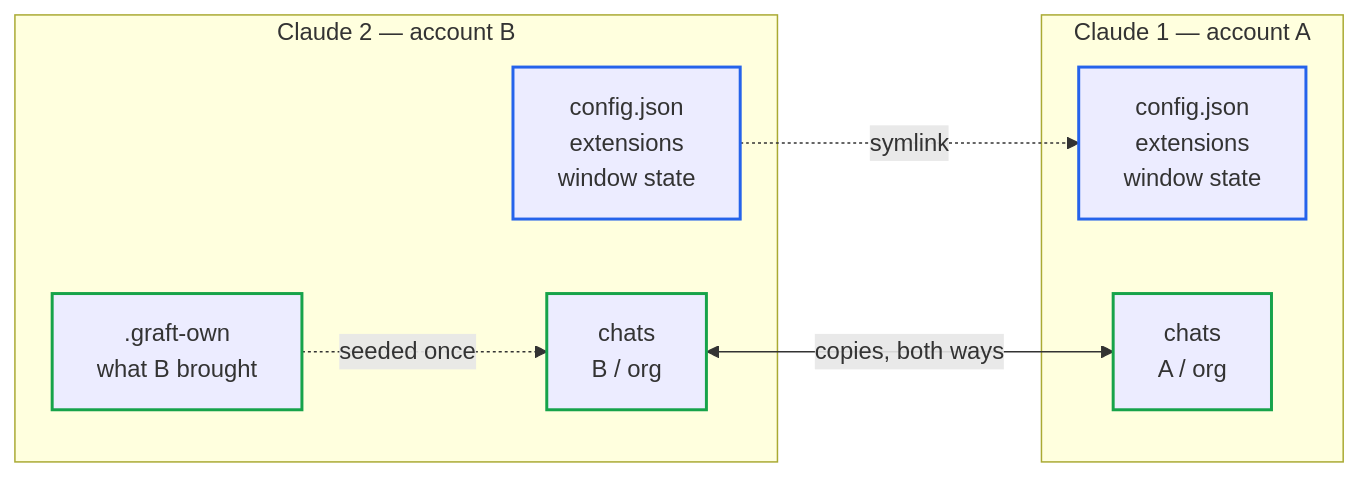
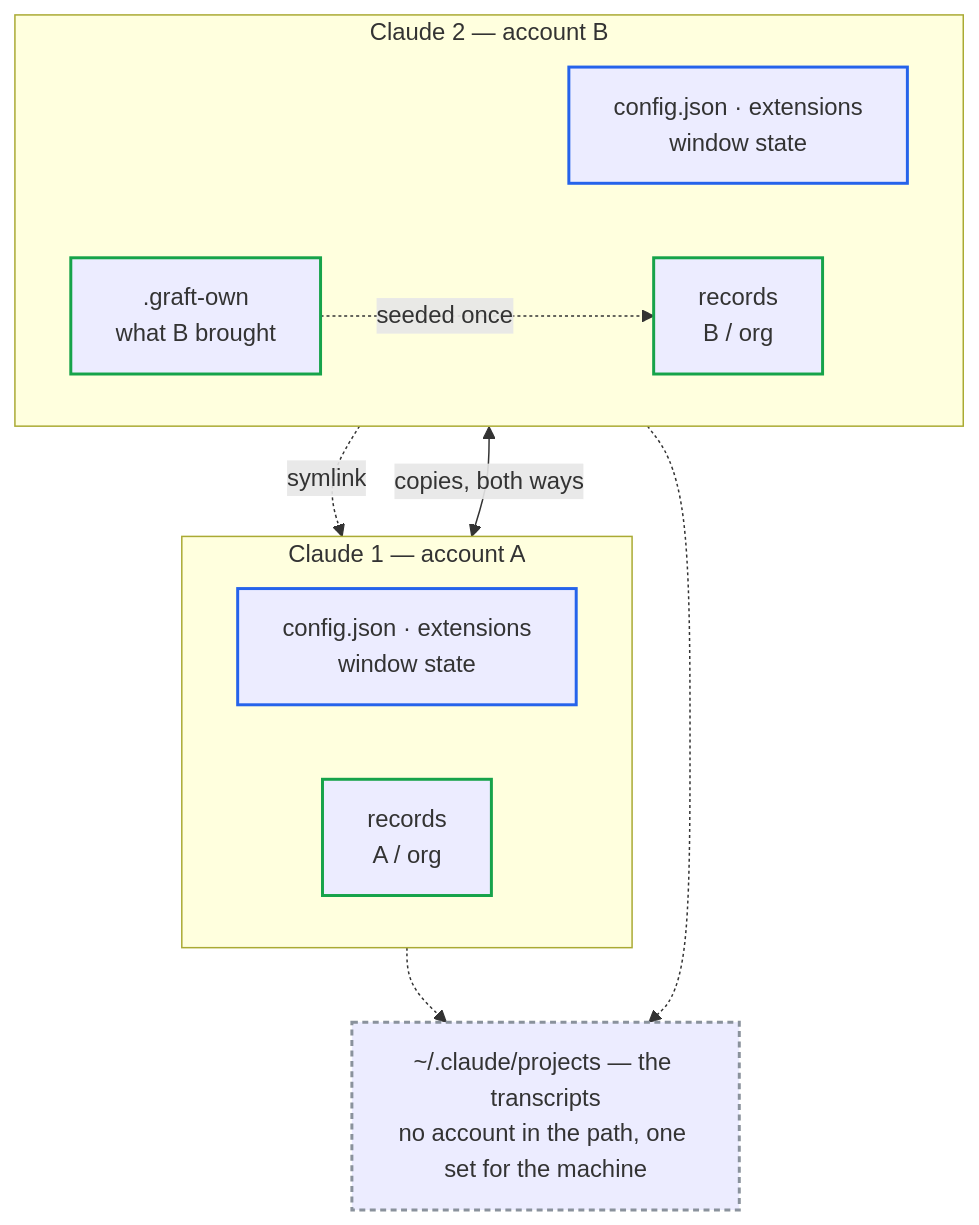
The first of 3 diagrams in README.md (aaditya-v-more/claude-graft), drawn with Mermaid before and after one commit. The commit also changed other lines of this file, not shown here.

Commit message:
Put the transcripts in the first diagram
A chat is stored twice and only the record has an account: the transcript holds
the messages, sits in ~/.claude/projects with no account anywhere in its path,
and is shared by every Claude on the machine. Leaving it out made the shared
half look like the whole picture, and the account mapping look like a detail
rather than the reason it is made one level below the store.

````diff
--- a/README.md
+++ b/README.md
@@ -145,20 +152,28 @@
 ```mermaid
-flowchart LR
-    subgraph SRC["Claude 1 — account A"]
-        A1["config.json<br/>extensions<br/>window state"]
-        A2["chats<br/>A / org"]
-    end
+flowchart TB
     subgraph DST["Claude 2 — account B"]
-        B1["config.json<br/>extensions<br/>window state"]
-        B2["chats<br/>B / org"]
+        direction LR
+        B1["config.json · extensions<br/>window state"]
+        B2["records<br/>B / org"]
         B3[".graft-own<br/>what B brought"]
     end
+    subgraph SRC["Claude 1 — account A"]
+        direction LR
+        A1["config.json · extensions<br/>window state"]
+        A2["records<br/>A / org"]
+    end
+    T["~/.claude/projects — the transcripts<br/>no account in the path, one set for the machine"]
+
+    B3 -.->|seeded once| B2
     B1 -.->|symlink| A1
     B2 <-->|copies, both ways| A2
-    B3 -.->|seeded once| B2
+    B2 -.-> T
+    A2 -.-> T
 
     classDef link stroke:#2563eb,stroke-width:2px
     classDef copy stroke:#16a34a,stroke-width:2px
+    classDef shared stroke:#8a929c,stroke-width:2px,stroke-dasharray:4 3
     class A1,B1 link
     class A2,B2,B3 copy
+    class T shared
 ```
````
